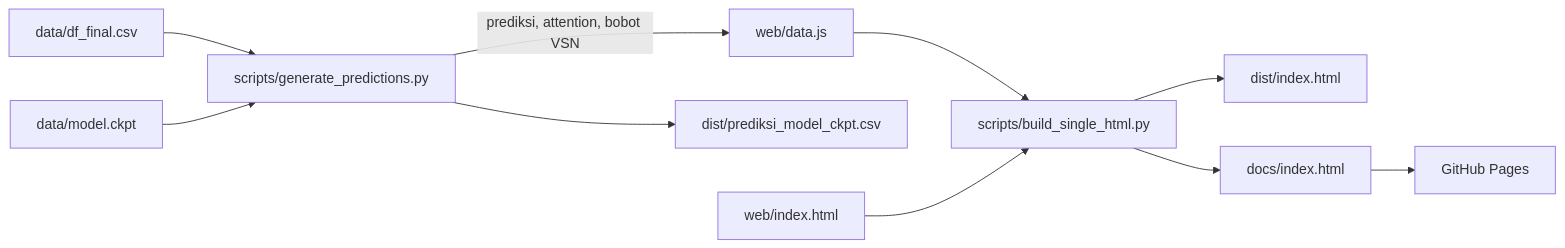
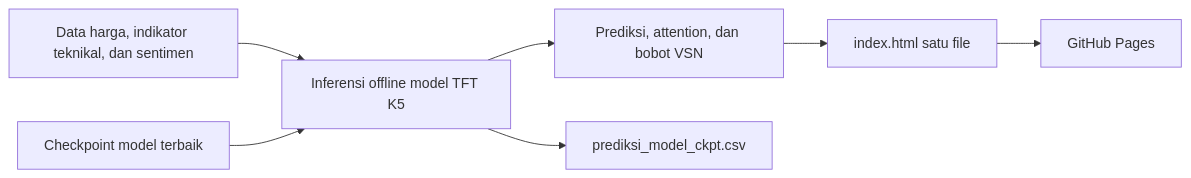
One commit to wahyusw813/web-story-skripsi changed the diagram in README.md. Above: the diagram before and after it, drawn with Mermaid. The commit also changed other lines of this file, not shown here.

````diff
--- a/README.md
+++ b/README.md
@@ -91,12 +88,9 @@
 ```mermaid
 flowchart LR
-    A[data/df_final.csv] --> C[scripts/generate_predictions.py]
-    B[data/model.ckpt] --> C
-    C -->|prediksi, attention, bobot VSN| D[web/data.js]
-    C --> E[dist/prediksi_model_ckpt.csv]
-    D --> F[scripts/build_single_html.py]
-    W[web/index.html] --> F
-    F --> G[dist/index.html]
-    F --> H[docs/index.html]
-    H --> I[GitHub Pages]
+    A[Data harga, indikator teknikal, dan sentimen] --> C[Inferensi offline model TFT K5]
+    B[Checkpoint model terbaik] --> C
+    C --> D[Prediksi, attention, dan bobot VSN]
+    C --> G[prediksi_model_ckpt.csv]
+    D --> E[index.html satu file]
+    E --> F[GitHub Pages]
 ```
````
